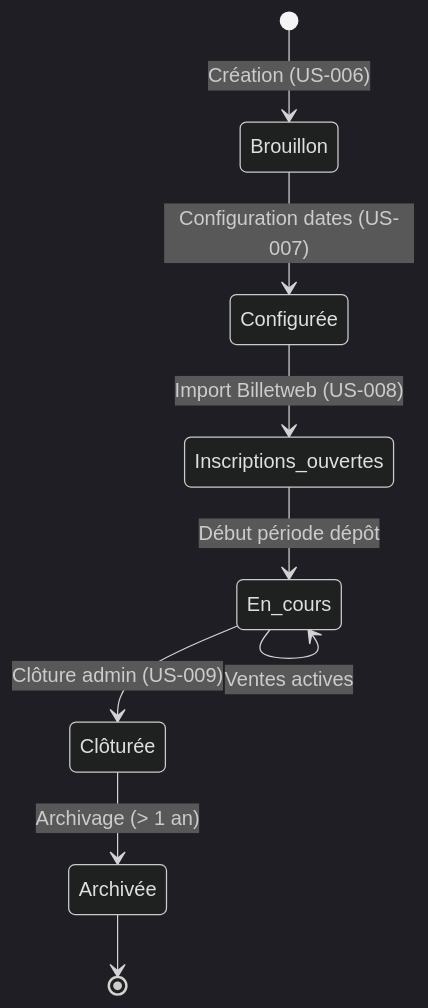
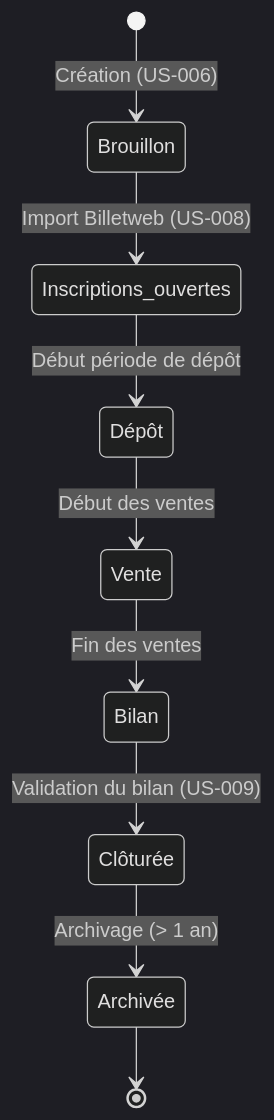
The second of 10 diagrams in docs/domain-model.md (ALPE-Plaisance-du-Touch/Gestionnaire-de-Bourse-ALPE), drawn with Mermaid (dark theme) before and after one commit. The commit also changed other lines of this file and 4 other files, not shown here.

````diff
--- a/docs/domain-model.md
+++ b/docs/domain-model.md
@@ -154,11 +154,11 @@
 ```mermaid
 stateDiagram-v2
   [*] --> Brouillon : Création (US-006)
-  Brouillon --> Configurée : Configuration dates (US-007)
-  Configurée --> Inscriptions_ouvertes : Import Billetweb (US-008)
-  Inscriptions_ouvertes --> En_cours : Début période dépôt
-  En_cours --> En_cours : Ventes actives
-  En_cours --> Clôturée : Clôture admin (US-009)
+  Brouillon --> Inscriptions_ouvertes : Import Billetweb (US-008)
+  Inscriptions_ouvertes --> Dépôt : Début période de dépôt
+  Dépôt --> Vente : Début des ventes
+  Vente --> Bilan : Fin des ventes
+  Bilan --> Clôturée : Validation du bilan (US-009)
   Clôturée --> Archivée : Archivage (> 1 an)
   Archivée --> [*]
 ```
````
